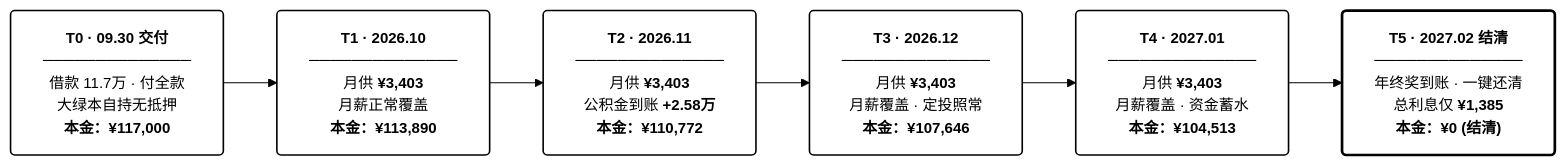
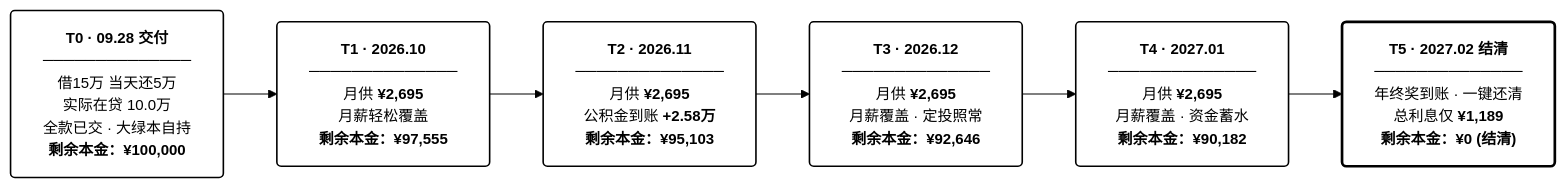
One commit to amasun/n70-car-plan changed the first of 2 diagrams in README.md. Above: the diagram before and after it, drawn with Mermaid. The commit also changed other lines of this file and 1 other file, not shown here.

````diff
--- a/README.md
+++ b/README.md
@@ -27,33 +32,33 @@
 ```mermaid
 %%{init: {
   'theme': 'base',
   'themeVariables': {
     'fontSize': '14px',
     'primaryColor': '#ffffff',
     'primaryTextColor': '#000000',
     'primaryBorderColor': '#000000',
     'lineColor': '#000000',
     'textColor': '#000000'
   }
 }}%%
 flowchart LR
-    T0["<b>T0 · 09.30 交付</b><br>──────────────<br>借款 11.7万 · 付全款<br>大绿本自持无抵押<br><b>本金：¥117,000</b>"]
+    T0["<b>T0 · 09.28 交付</b><br>──────────────<br>借15万 当天还5万<br>实际在贷 10.0万<br>全款已交 · 大绿本自持<br><b>剩余本金：¥100,000</b>"]
     
-    T1["<b>T1 · 2026.10</b><br>──────────────<br>月供 <b>¥3,403</b><br>月薪正常覆盖<br><b>本金：¥113,890</b>"]
+    T1["<b>T1 · 2026.10</b><br>──────────────<br>月供 <b>¥2,695</b><br>月薪轻松覆盖<br><b>剩余本金：¥97,555</b>"]
 
-    T2["<b>T2 · 2026.11</b><br>──────────────<br>月供 <b>¥3,403</b><br>公积金到账 <b>+2.58万</b><br><b>本金：¥110,772</b>"]
+    T2["<b>T2 · 2026.11</b><br>──────────────<br>月供 <b>¥2,695</b><br>公积金到账 <b>+2.58万</b><br><b>剩余本金：¥95,103</b>"]
 
-    T3["<b>T3 · 2026.12</b><br>──────────────<br>月供 <b>¥3,403</b><br>月薪覆盖 · 定投照常<br><b>本金：¥107,646</b>"]
+    T3["<b>T3 · 2026.12</b><br>──────────────<br>月供 <b>¥2,695</b><br>月薪覆盖 · 定投照常<br><b>剩余本金：¥92,646</b>"]
 
-    T4["<b>T4 · 2027.01</b><br>──────────────<br>月供 <b>¥3,403</b><br>月薪覆盖 · 资金蓄水<br><b>本金：¥104,513</b>"]
+    T4["<b>T4 · 2027.01</b><br>──────────────<br>月供 <b>¥2,695</b><br>月薪覆盖 · 资金蓄水<br><b>剩余本金：¥90,182</b>"]
 
-    T5["<b>T5 · 2027.02 结清</b><br>──────────────<br>年终奖到账 · 一键还清<br>总利息仅 <b>¥1,385</b><br><b>本金：¥0 (结清)</b>"]
+    T5["<b>T5 · 2027.02 结清</b><br>──────────────<br>年终奖到账 · 一键还清<br>总利息仅 <b>¥1,189</b><br><b>剩余本金：¥0 (结清)</b>"]
 
     T0 --> T1 --> T2 --> T3 --> T4 --> T5
 
     classDef wireframe fill:#ffffff,stroke:#000000,stroke-width:1.5px,color:#000000,rx:4px,ry:4px;
     classDef wireframeTerminal fill:#ffffff,stroke:#000000,stroke-width:2.5px,color:#000000,rx:4px,ry:4px;
 
     class T0,T1,T2,T3,T4 wireframe;
     class T5 wireframeTerminal;
 ```
````
